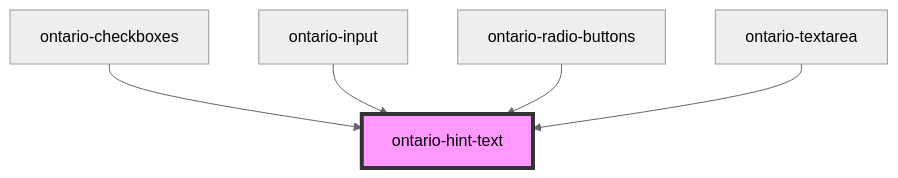
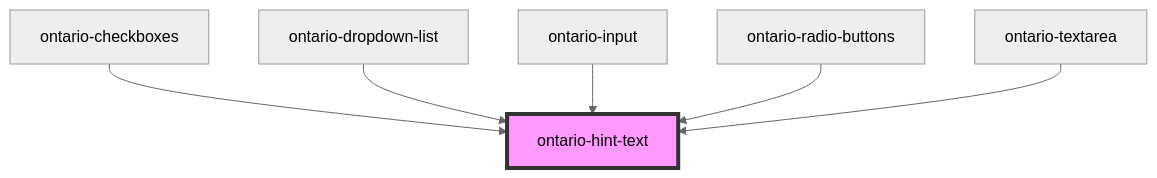
One commit to ongov/ontario-design-system changed the diagram in packages/ontario-design-system-component-library/src/components/ontario-hint-text/readme.md. Above: the diagram before and after it, drawn with Mermaid (neutral theme). The commit also changed other lines of this file and 10 other files, not shown here.

First line of the commit message:
DS-916: Hint expander accessibility screen reader text

````diff
--- a/packages/ontario-design-system-component-library/src/components/ontario-hint-text/readme.md
+++ b/packages/ontario-design-system-component-library/src/components/ontario-hint-text/readme.md
@@ -59,8 +60,9 @@
 ```mermaid
 graph TD;
   ontario-checkboxes --> ontario-hint-text
+  ontario-dropdown-list --> ontario-hint-text
   ontario-input --> ontario-hint-text
   ontario-radio-buttons --> ontario-hint-text
   ontario-textarea --> ontario-hint-text
   style ontario-hint-text fill:#f9f,stroke:#333,stroke-width:4px
 ```
````
